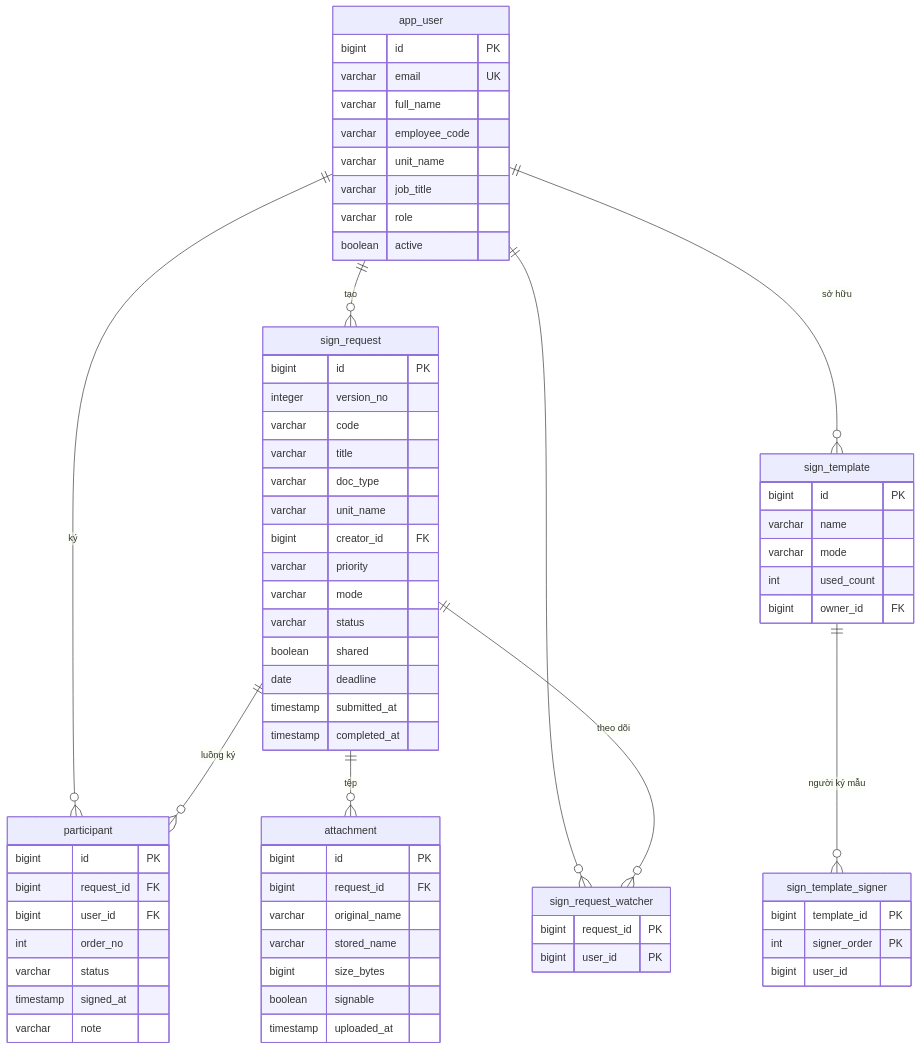
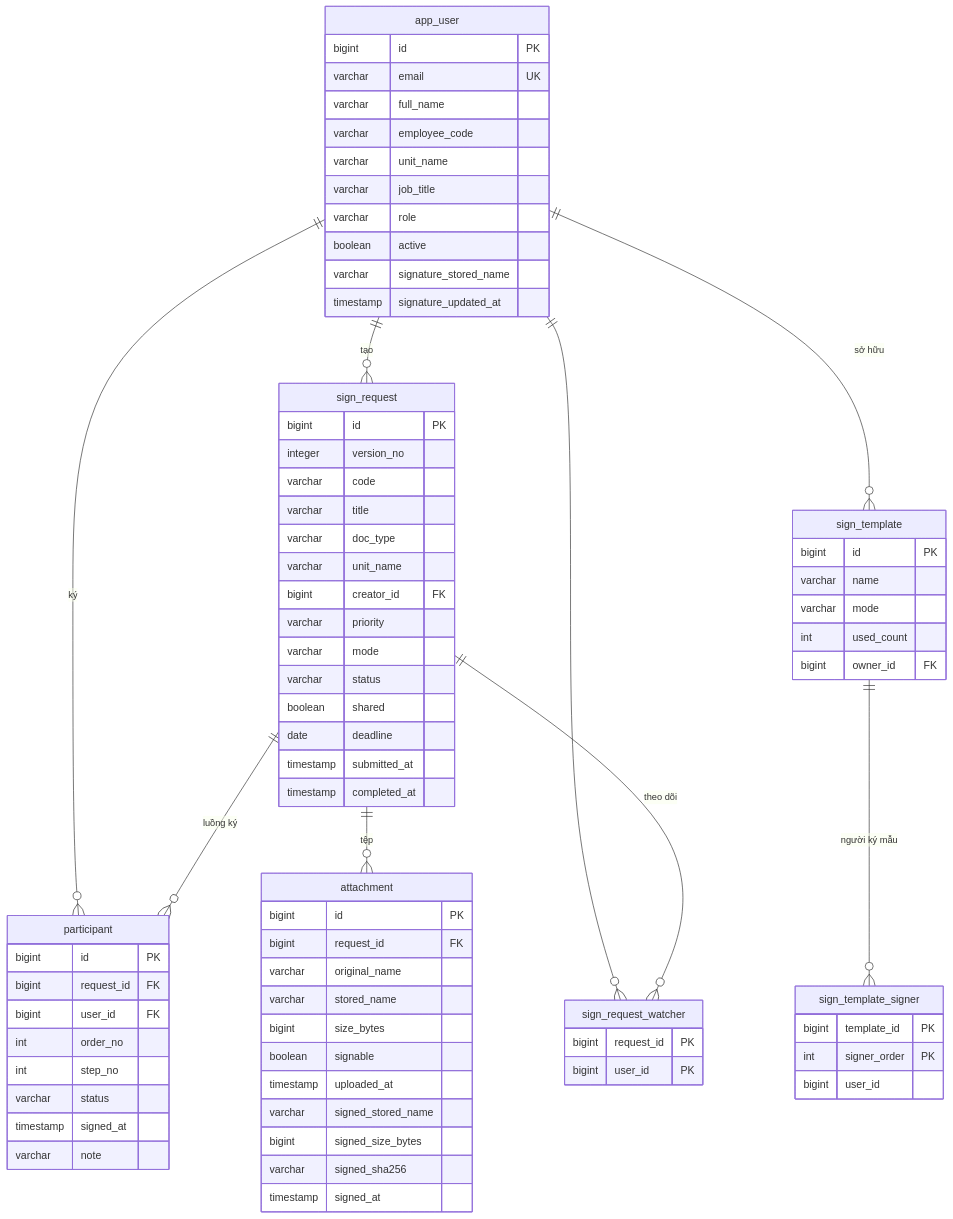
The diagram in docs/database.md (XoaiND/ksvb_app), drawn with Mermaid before and after one commit. The commit also changed other lines of this file and 72 other files, not shown here.

````diff
--- a/docs/database.md
+++ b/docs/database.md
@@ -15,72 +15,79 @@
 ```mermaid
 erDiagram
     app_user ||--o{ sign_request : "tạo"
     sign_request ||--o{ participant : "luồng ký"
     app_user ||--o{ participant : "ký"
     sign_request ||--o{ sign_request_watcher : "theo dõi"
     app_user ||--o{ sign_request_watcher : ""
     sign_request ||--o{ attachment : "tệp"
     app_user ||--o{ sign_template : "sở hữu"
     sign_template ||--o{ sign_template_signer : "người ký mẫu"
 
     app_user {
         bigint id PK
         varchar email UK
         varchar full_name
         varchar employee_code
         varchar unit_name
         varchar job_title
         varchar role
         boolean active
+        varchar signature_stored_name
+        timestamp signature_updated_at
     }
     sign_request {
         bigint id PK
         integer version_no
         varchar code
         varchar title
         varchar doc_type
         varchar unit_name
         bigint creator_id FK
         varchar priority
         varchar mode
         varchar status
         boolean shared
         date deadline
         timestamp submitted_at
         timestamp completed_at
     }
     participant {
         bigint id PK
         bigint request_id FK
         bigint user_id FK
         int order_no
+        int step_no
         varchar status
         timestamp signed_at
         varchar note
     }
     sign_request_watcher {
         bigint request_id PK
         bigint user_id PK
     }
     attachment {
         bigint id PK
         bigint request_id FK
         varchar original_name
         varchar stored_name
         bigint size_bytes
         boolean signable
         timestamp uploaded_at
+        varchar signed_stored_name
+        bigint signed_size_bytes
+        varchar signed_sha256
+        timestamp signed_at
     }
     sign_template {
         bigint id PK
         varchar name
         varchar mode
         int used_count
         bigint owner_id FK
     }
     sign_template_signer {
         bigint template_id PK
         int signer_order PK
         bigint user_id
     }
 ```
````
